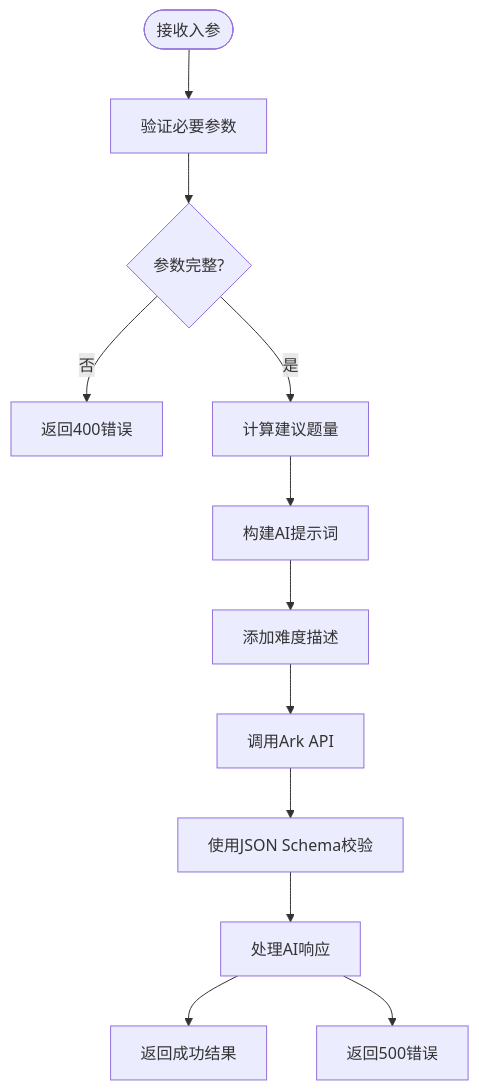
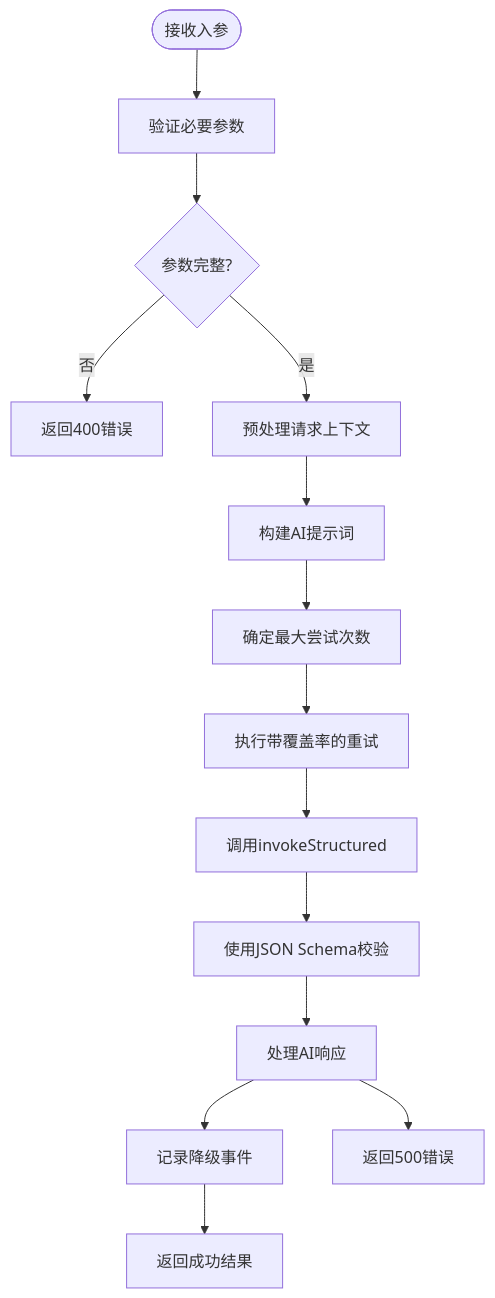
The third of 8 diagrams in .qoder/repowiki/zh/content/后端API接口/AI内容生成API/问题生成API.md (arthurlee116/english-listening-trainer), drawn with Mermaid before and after one commit. The commit also changed other lines of this file and 58 other files, not shown here.

````diff
--- a/.qoder/repowiki/zh/content/后端API接口/AI内容生成API/问题生成API.md
+++ b/.qoder/repowiki/zh/content/后端API接口/AI内容生成API/问题生成API.md
@@ -94,14 +110,16 @@
 ```mermaid
 flowchart TD
 Start([接收入参]) --> Validate["验证必要参数"]
 Validate --> InputValid{"参数完整?"}
 InputValid --> |否| ReturnError["返回400错误"]
-InputValid --> |是| CalcCount["计算建议题量"]
-CalcCount --> BuildPrompt["构建AI提示词"]
-BuildPrompt --> AddDifficulty["添加难度描述"]
-AddDifficulty --> CallAI["调用Ark API"]
-CallAI --> Schema["使用JSON Schema校验"]
+InputValid --> |是| Preprocess["预处理请求上下文"]
+Preprocess --> BuildPrompt["构建AI提示词"]
+BuildPrompt --> DetermineAttempts["确定最大尝试次数"]
+DetermineAttempts --> ExecuteRetry["执行带覆盖率的重试"]
+ExecuteRetry --> InvokeStructured["调用invokeStructured"]
+InvokeStructured --> Schema["使用JSON Schema校验"]
 Schema --> ProcessResult["处理AI响应"]
-ProcessResult --> ReturnSuccess["返回成功结果"]
+ProcessResult --> LogEvent["记录降级事件"]
+LogEvent --> ReturnSuccess["返回成功结果"]
 ProcessResult --> ReturnFail["返回500错误"]
 ```
````
